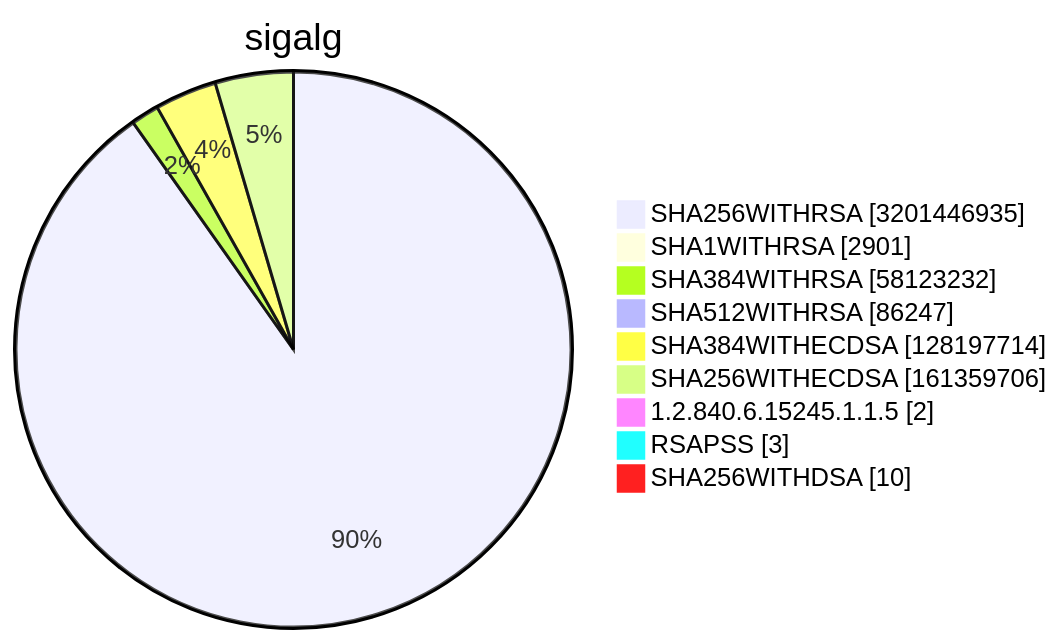
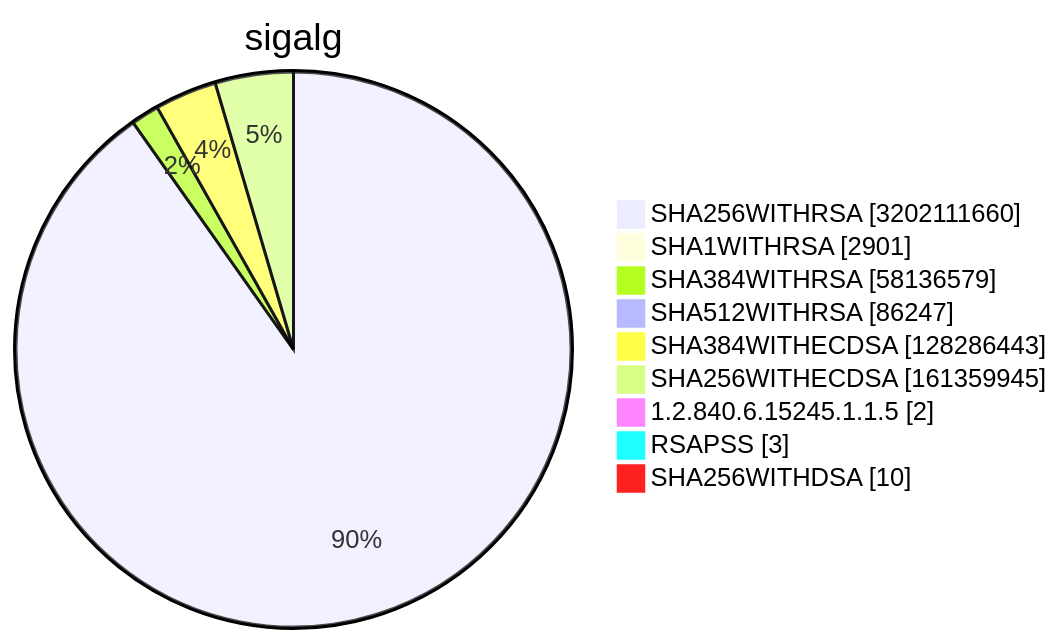
Before and after one commit to christiankrug/ctmonitor_visualization: diagram 15 of 15 in TOTAL/README.md, drawn with Mermaid. The commit also changed other lines of this file, not shown here.

````diff
--- a/TOTAL/README.md
+++ b/TOTAL/README.md
@@ -6216,13 +6216,13 @@
 ```mermaid
 pie showData
 title sigalg
-"SHA256WITHRSA" :3201446935
+"SHA256WITHRSA" :3202111660
 "SHA1WITHRSA" :2901
-"SHA384WITHRSA" :58123232
+"SHA384WITHRSA" :58136579
 "SHA512WITHRSA" :86247
-"SHA384WITHECDSA" :128197714
-"SHA256WITHECDSA" :161359706
+"SHA384WITHECDSA" :128286443
+"SHA256WITHECDSA" :161359945
 "1.2.840.6.15245.1.1.5" :2
 "RSAPSS" :3
 "SHA256WITHDSA" :10
 ```
````
